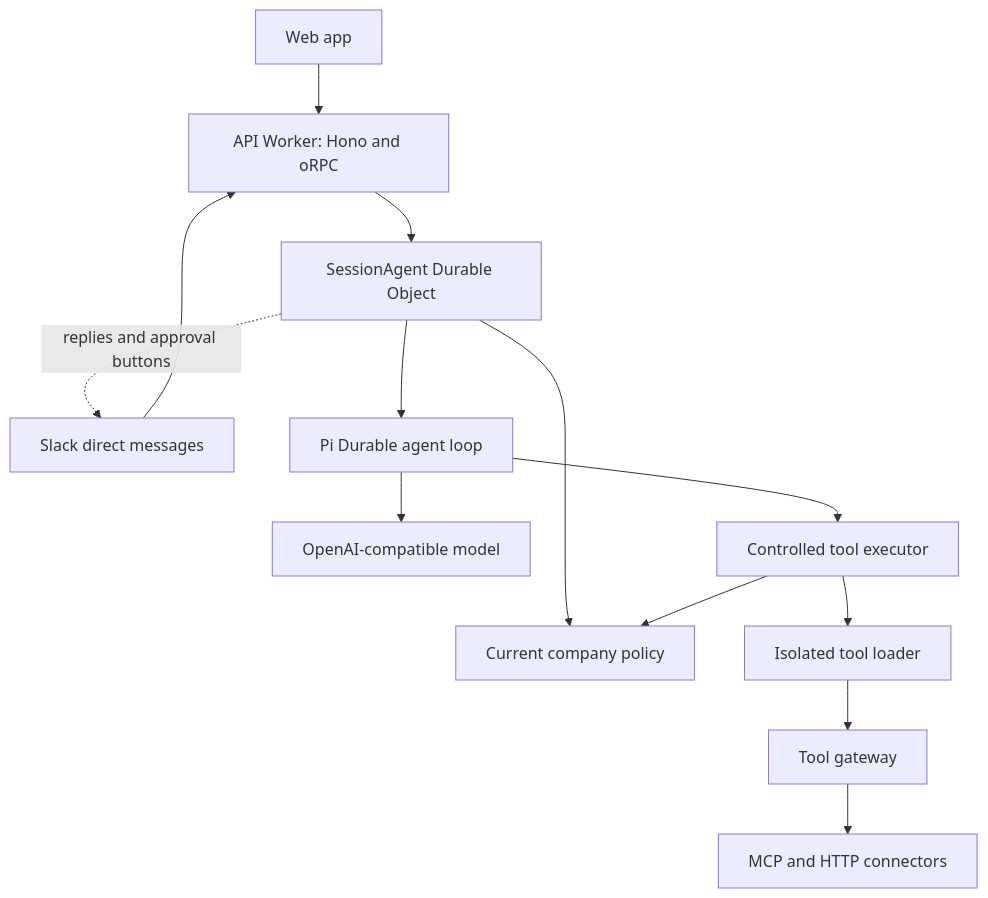
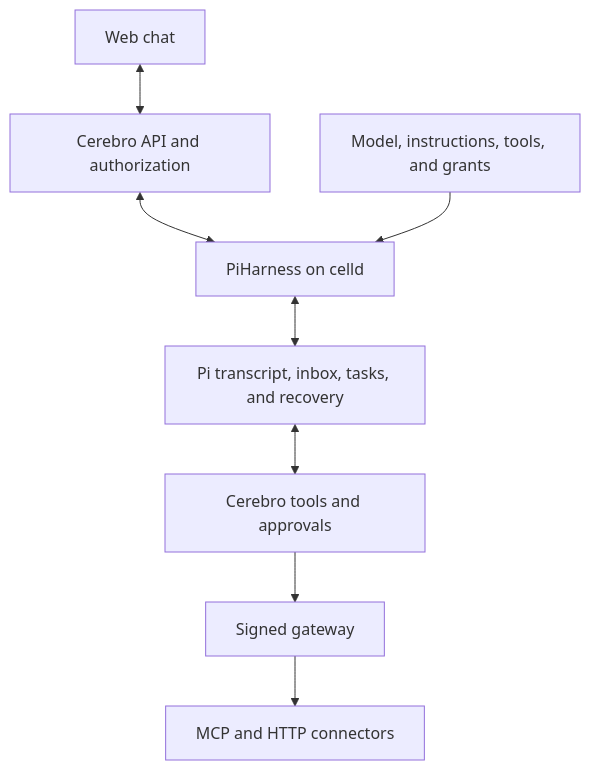
One commit to jhonsfran/cerebro changed the diagram in docs/architecture/overview.md. Above: the diagram before and after it, drawn with Mermaid. The commit also changed other lines of this file and 76 other files, not shown here.

````diff
--- a/docs/architecture/overview.md
+++ b/docs/architecture/overview.md
@@ -9,15 +7,10 @@
 ```mermaid
 flowchart TD
-    Web[Web app] --> API[API Worker: Hono and oRPC]
-    Slack[Slack direct messages] --> API
-    Session -. replies and approval buttons .-> Slack
-    API --> Session[SessionAgent Durable Object]
-    Session --> Policy[Current company policy]
-    Session --> Pi[Pi Durable agent loop]
-    Pi --> Model[OpenAI-compatible model]
-    Pi --> Tools[Controlled tool executor]
-    Tools --> Policy
-    Tools --> Loader[Isolated tool loader]
-    Loader --> Gateway[Tool gateway]
+    Web[Web chat] <--> API[Cerebro API and authorization]
+    API <--> Host[PiHarness on celld]
+    Config[Model, instructions, tools, and grants] --> Host
+    Host <--> Pi[Pi transcript, inbox, tasks, and recovery]
+    Pi <--> Tools[Cerebro tools and approvals]
+    Tools --> Gateway[Signed gateway]
     Gateway --> Connectors[MCP and HTTP connectors]
 ```
````
